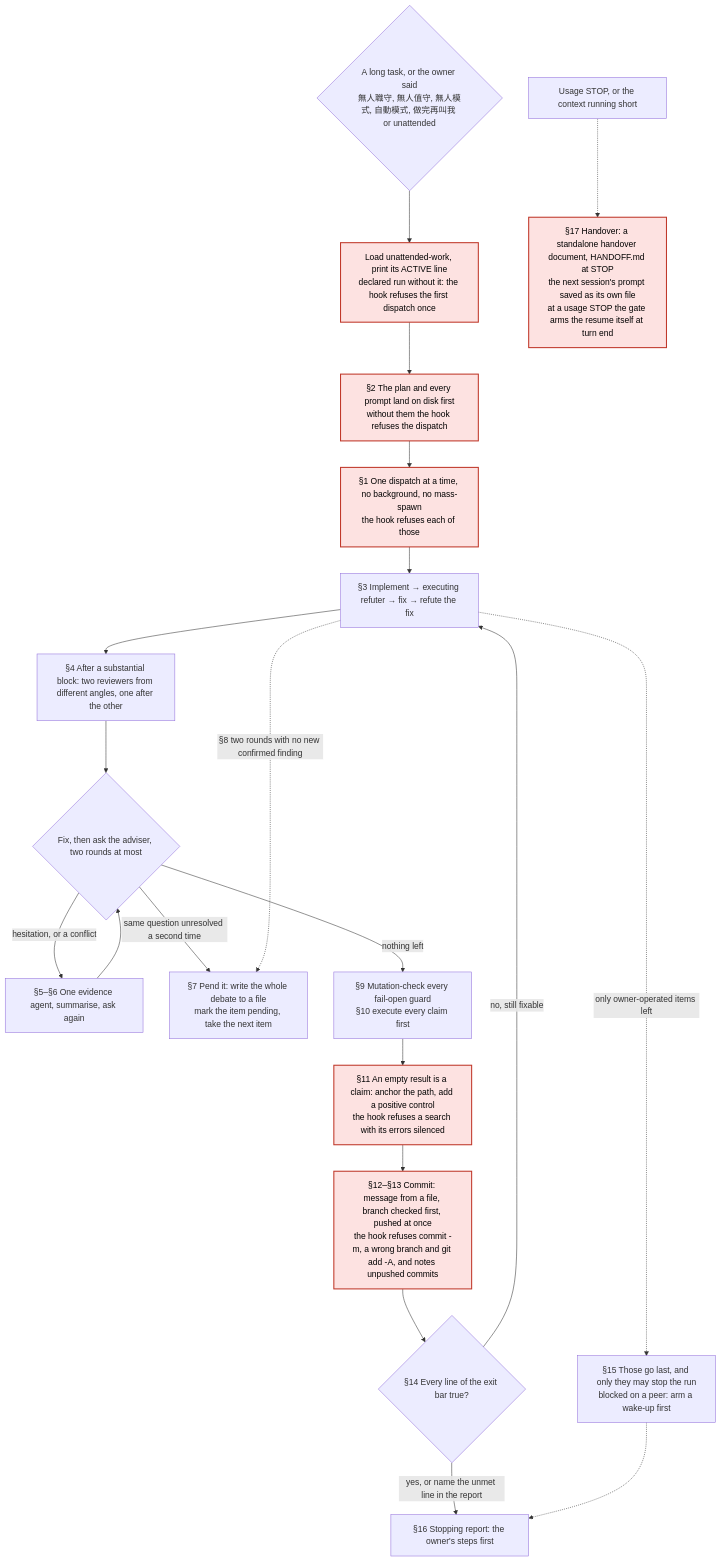
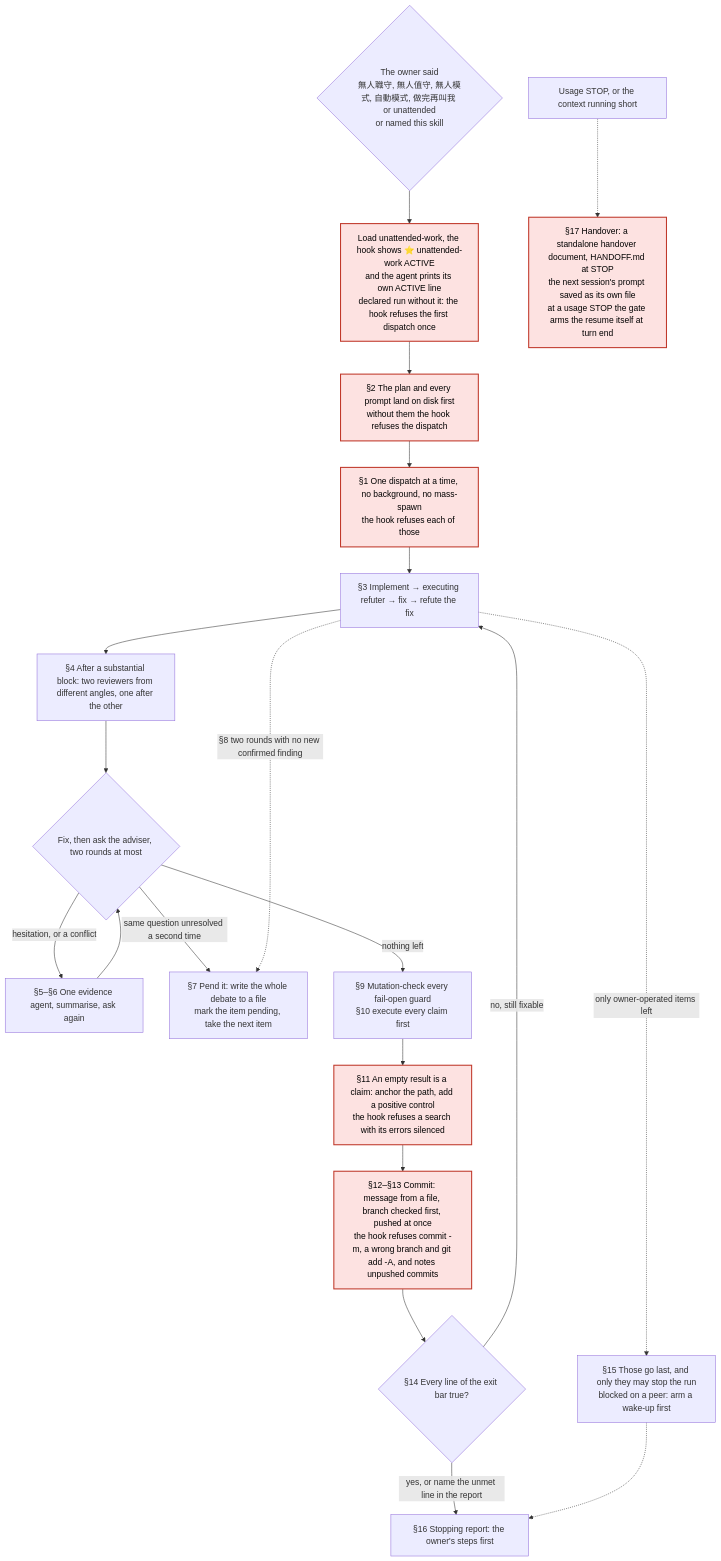
One commit to Dino9021/dispatch-guard changed the fifth of 6 diagrams in README.md. Above: the diagram before and after it, drawn with Mermaid. The commit also changed other lines of this file and 9 other files, not shown here.

````diff
--- a/README.md
+++ b/README.md
@@ -2460,24 +2472,24 @@
 ```mermaid
 flowchart TD
-  trigger{"A long task, or the owner said<br/>無人職守, 無人值守, 無人模式, 自動模式, 做完再叫我 or unattended"} --> loadUnattended["Load unattended-work, print its ACTIVE line<br/>declared run without it: the hook refuses the first dispatch once"]
+  trigger{"The owner said<br/>無人職守, 無人值守, 無人模式, 自動模式, 做完再叫我 or unattended<br/>or named this skill"} --> loadUnattended["Load unattended-work, the hook shows ⭐ unattended-work ACTIVE<br/>and the agent prints its own ACTIVE line<br/>declared run without it: the hook refuses the first dispatch once"]
   loadUnattended --> planFirst["§2 The plan and every prompt land on disk first<br/>without them the hook refuses the dispatch"]
   planFirst --> sequential["§1 One dispatch at a time, no background, no mass-spawn<br/>the hook refuses each of those"]
   sequential --> wave["§3 Implement → executing refuter → fix → refute the fix"]
   wave --> reviewers["§4 After a substantial block: two reviewers from different angles, one after the other"]
   reviewers --> adviser{"Fix, then ask the adviser, two rounds at most"}
   adviser -->|"hesitation, or a conflict"| debate["§5–§6 One evidence agent, summarise, ask again"]
   debate --> adviser
   adviser -->|"same question unresolved a second time"| pend["§7 Pend it: write the whole debate to a file<br/>mark the item pending, take the next item"]
   wave -.->|"§8 two rounds with no new confirmed finding"| pend
   adviser -->|"nothing left"| mutationCheck["§9 Mutation-check every fail-open guard<br/>§10 execute every claim first"]
   mutationCheck --> emptyResult["§11 An empty result is a claim: anchor the path, add a positive control<br/>the hook refuses a search with its errors silenced"]
   emptyResult --> commitRules["§12–§13 Commit: message from a file, branch checked first, pushed at once<br/>the hook refuses commit -m, a wrong branch and git add -A, and notes unpushed commits"]
   commitRules --> exitBar{"§14 Every line of the exit bar true?"}
   exitBar -->|"no, still fixable"| wave
   exitBar -->|"yes, or name the unmet line in the report"| stopReport["§16 Stopping report: the owner's steps first"]
   wave -.->|"only owner-operated items left"| lastItems["§15 Those go last, and only they may stop the run<br/>blocked on a peer: arm a wake-up first"]
   lastItems -.-> stopReport
   runningShort["Usage STOP, or the context running short"] -.-> handover["§17 Handover: a standalone handover document, HANDOFF.md at STOP<br/>the next session's prompt saved as its own file<br/>at a usage STOP the gate arms the resume itself at turn end"]
   class loadUnattended,planFirst,sequential,emptyResult,commitRules,handover gate
   classDef gate fill:#fde2e1,stroke:#c0392b,stroke-width:2px,color:#000
 ```
````
